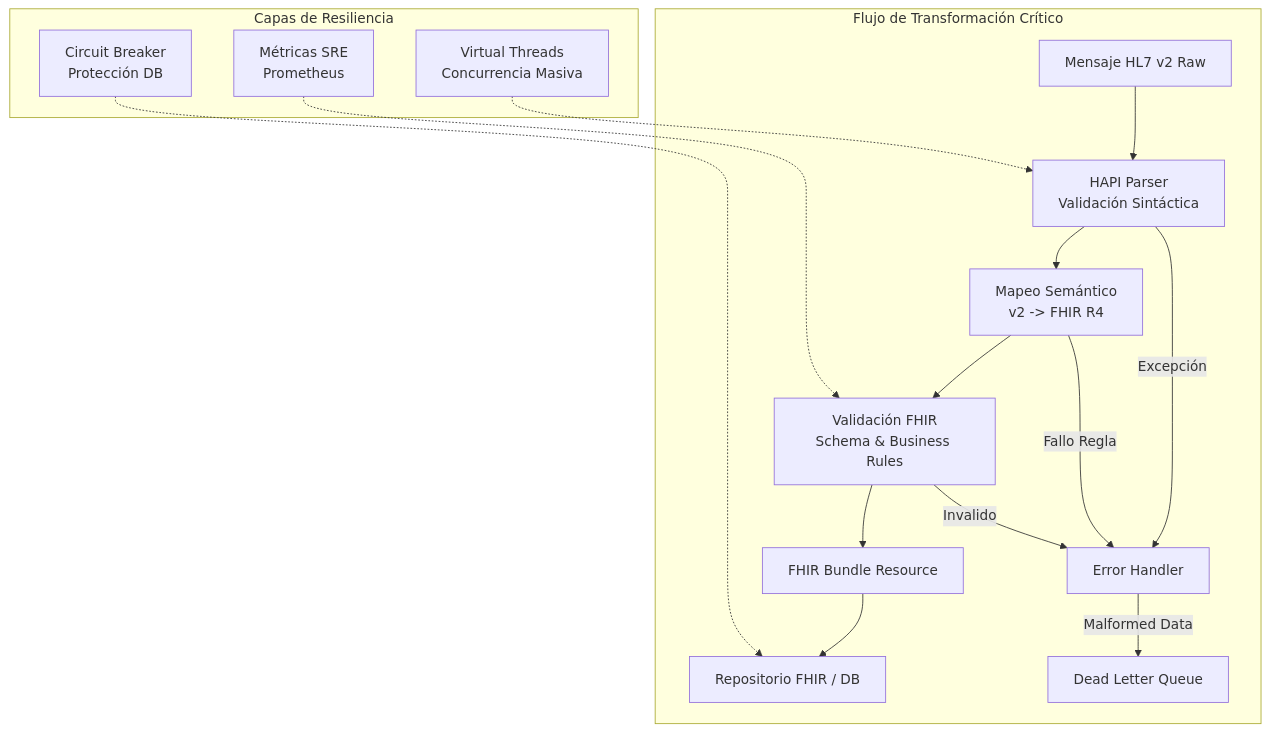
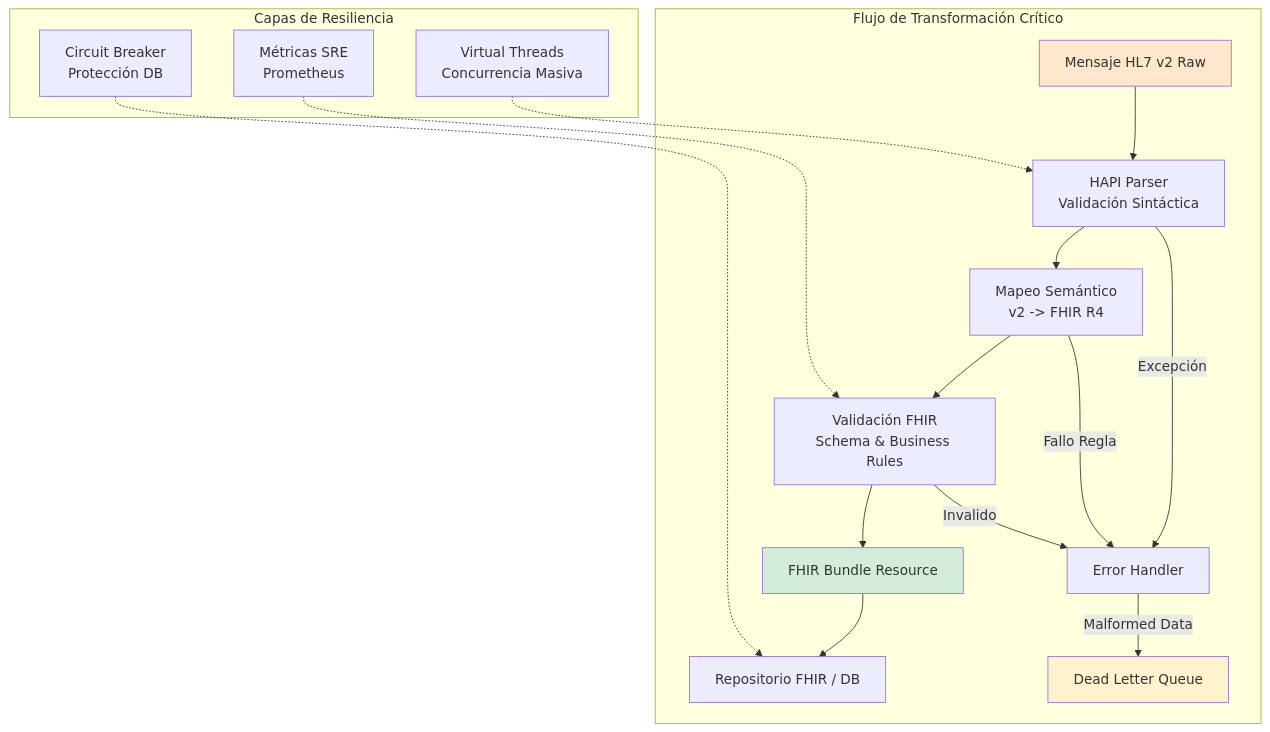
The first of 4 diagrams in 09_HealthTech/hapi_fhir_transformador_hl7_v2_a_fhir_bundle_java_21_STAFF.md (Joaquinriosheredia/DAM-Java-Mastery), drawn with Mermaid before and after one commit. The commit also changed other lines of this file, not shown here.

Commit message:
hapi_fhir_transformador_hl7_v2_a_fhir_bundle_java_21_STAFF.md

````diff
--- a/09_HealthTech/hapi_fhir_transformador_hl7_v2_a_fhir_bundle_java_21_STAFF.md
+++ b/09_HealthTech/hapi_fhir_transformador_hl7_v2_a_fhir_bundle_java_21_STAFF.md
@@ -32,21 +71,25 @@
 ```mermaid
 graph TD
     subgraph "Flujo de Transformación Crítico"
-        HL7[Mensaje HL7 v2 Raw] --> PARSE[HAPI Parser<br>Validación Sintáctica]
-        PARSE --> MAP[Mapeo Semántico<br>v2 -> FHIR R4]
-        MAP --> VALID[Validación FHIR<br>Schema & Business Rules]
+        HL7[Mensaje HL7 v2 Raw] --> PARSE[HAPI Parser<br/>Validación Sintáctica]
+        PARSE --> MAP[Mapeo Semántico<br/>v2 -> FHIR R4]
+        MAP --> VALID[Validación FHIR<br/>Schema & Business Rules]
         VALID --> BUNDLE[FHIR Bundle Resource]
         BUNDLE --> STORE[Repositorio FHIR / DB]
         
         ERROR[Error Handler] -->|Malformed Data| DLQ[Dead Letter Queue]
         PARSE -->|Excepción| ERROR
         MAP -->|Fallo Regla| ERROR
         VALID -->|Invalido| ERROR
     end
     
     subgraph "Capas de Resiliencia"
-        VT[Virtual Threads<br>Concurrencia Masiva] -.-> PARSE
-        CB[Circuit Breaker<br>Protección DB] -.-> STORE
-        MET[Métricas SRE<br>Prometheus] -.-> VALID
+        VT[Virtual Threads<br/>Concurrencia Masiva] -.-> PARSE
+        CB[Circuit Breaker<br/>Protección DB] -.-> STORE
+        MET[Métricas SRE<br/>Prometheus] -.-> VALID
     end
+    
+    style HL7 fill:#ffe6cc
+    style BUNDLE fill:#d4edda
+    style DLQ fill:#fff3cd
 ```
````
